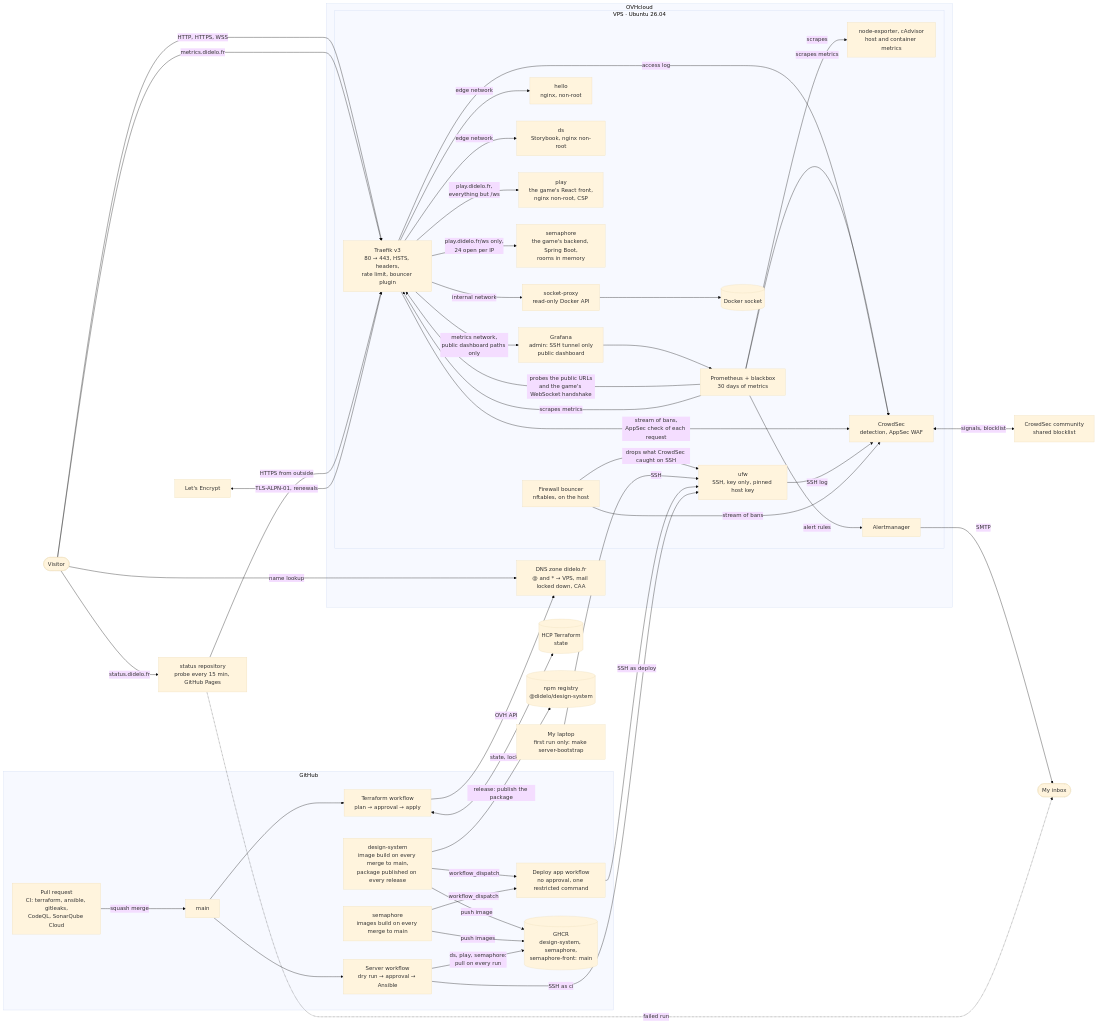
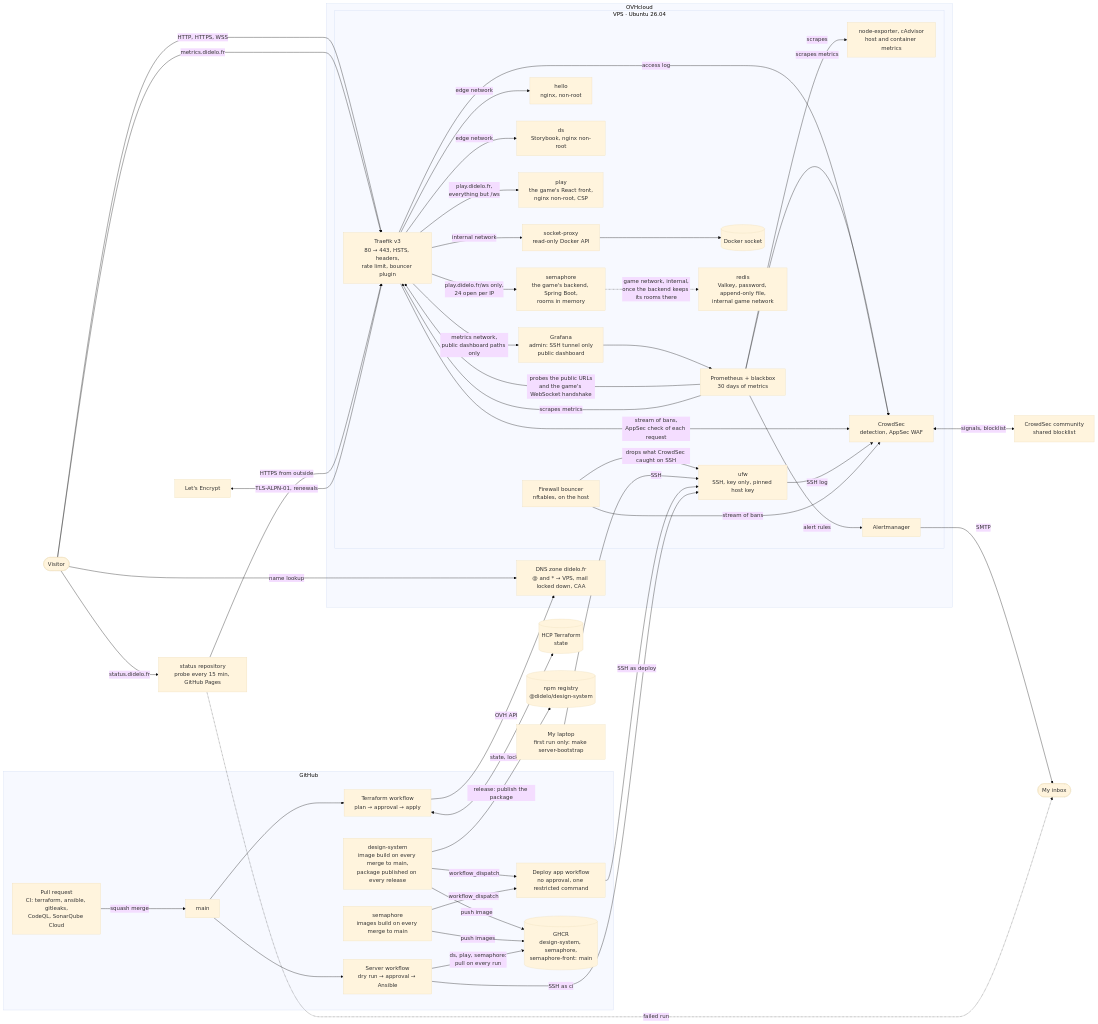
One commit to Didelo-lilian/infra changed the diagram in README.md. Above: the diagram before and after it, drawn with Mermaid (base theme). The commit also changed other lines of this file and 5 other files, not shown here.

First line of the commit message:
feat(redis): run Valkey for the game's rooms on a private network (#86)

```diff
--- a/README.md
+++ b/README.md
@@ -43,6 +43,7 @@
       ds["ds<br/>Storybook, nginx non-root"]
       play["play<br/>the game's React front,<br/>nginx non-root, CSP"]
       sem["semaphore<br/>the game's backend, Spring Boot,<br/>rooms in memory"]
+      redis["redis<br/>Valkey, password, append-only file,<br/>internal game network"]
       graf["Grafana<br/>admin: SSH tunnel only<br/>public dashboard"]
       prom["Prometheus + blackbox<br/>30 days of metrics"]
       exp["node-exporter, cAdvisor<br/>host and container metrics"]
@@ -73,6 +74,7 @@
   traefik -->|"edge network"| ds
   traefik -->|"play.didelo.fr,<br/>everything but /ws"| play
   traefik -->|"play.didelo.fr/ws only,<br/>24 open per IP"| sem
+  sem -.->|"game network, internal,<br/>once the backend keeps its rooms there"| redis
   graf --> prom
   visitor -->|"metrics.didelo.fr"| traefik
   traefik -->|"metrics network,<br/>public dashboard paths only"| graf
```
